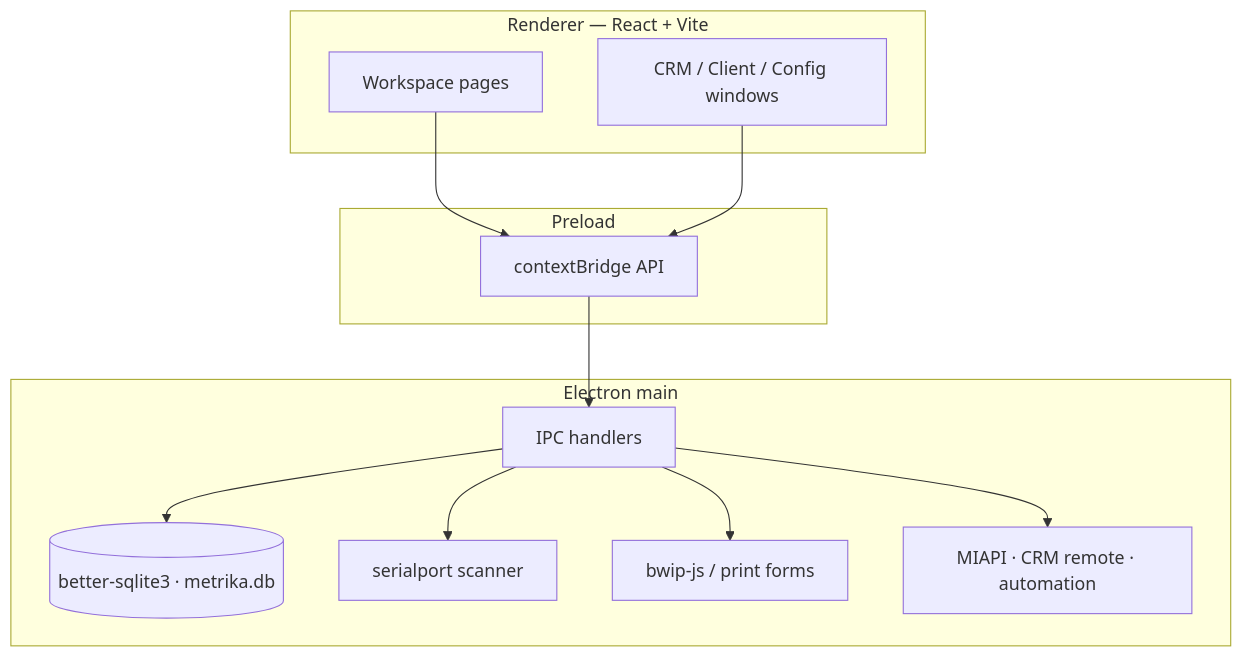
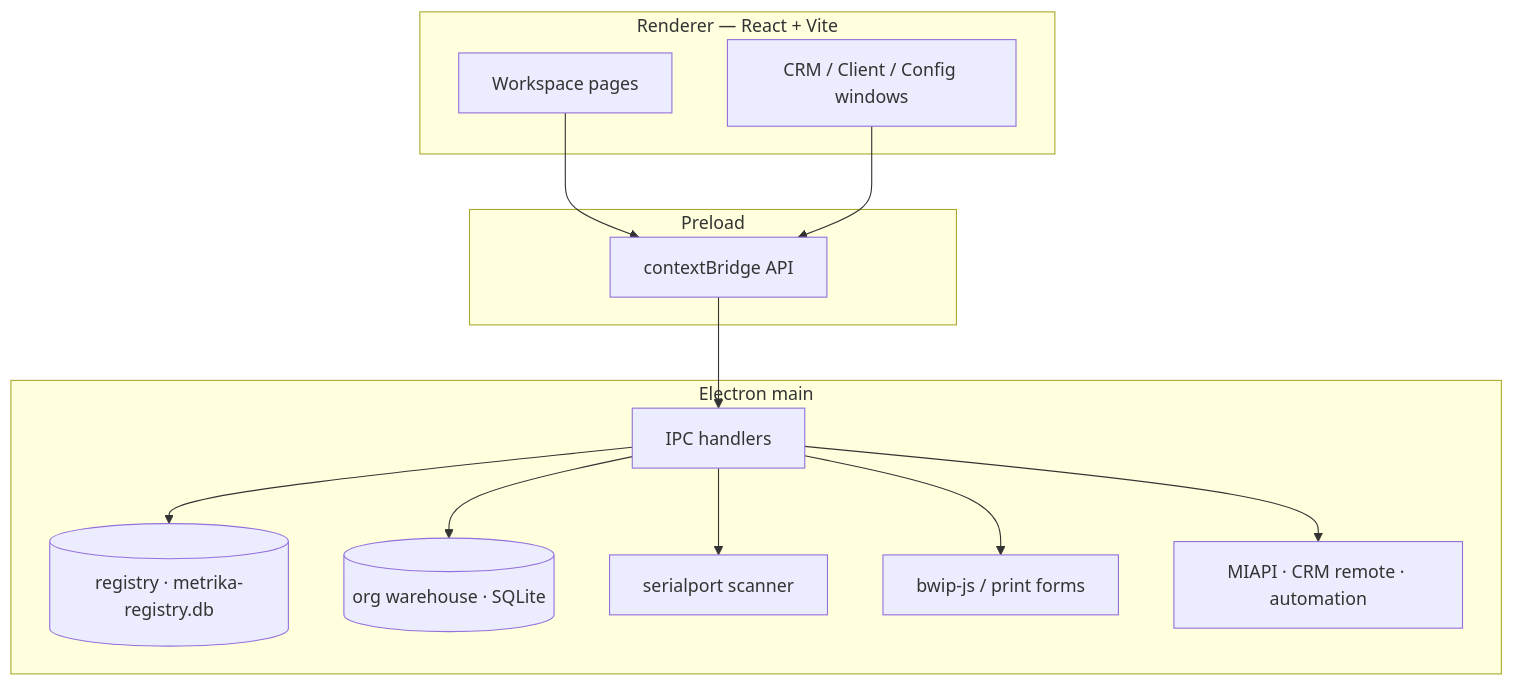
One commit to krwg/metrika changed the first of 2 diagrams in README.md. Above: the diagram before and after it, drawn with Mermaid. The commit also changed other lines of this file and 32 other files, not shown here.

````diff
--- a/README.md
+++ b/README.md
@@ -123,27 +133,29 @@
 ```mermaid
 flowchart TB
   subgraph Renderer["Renderer — React + Vite"]
     UI[Workspace pages]
     CRM[CRM / Client / Config windows]
   end
 
   subgraph Preload["Preload"]
     Bridge["contextBridge API"]
   end
 
   subgraph Main["Electron main"]
     IPC[IPC handlers]
-    DB[("better-sqlite3 · metrika.db")]
+    Reg[("registry · metrika-registry.db")]
+    DB[("org warehouse · SQLite")]
     COM[serialport scanner]
     Print[bwip-js / print forms]
     Ext[MIAPI · CRM remote · automation]
   end
 
   UI --> Bridge
   CRM --> Bridge
   Bridge --> IPC
+  IPC --> Reg
   IPC --> DB
   IPC --> COM
   IPC --> Print
   IPC --> Ext
 ```
````
